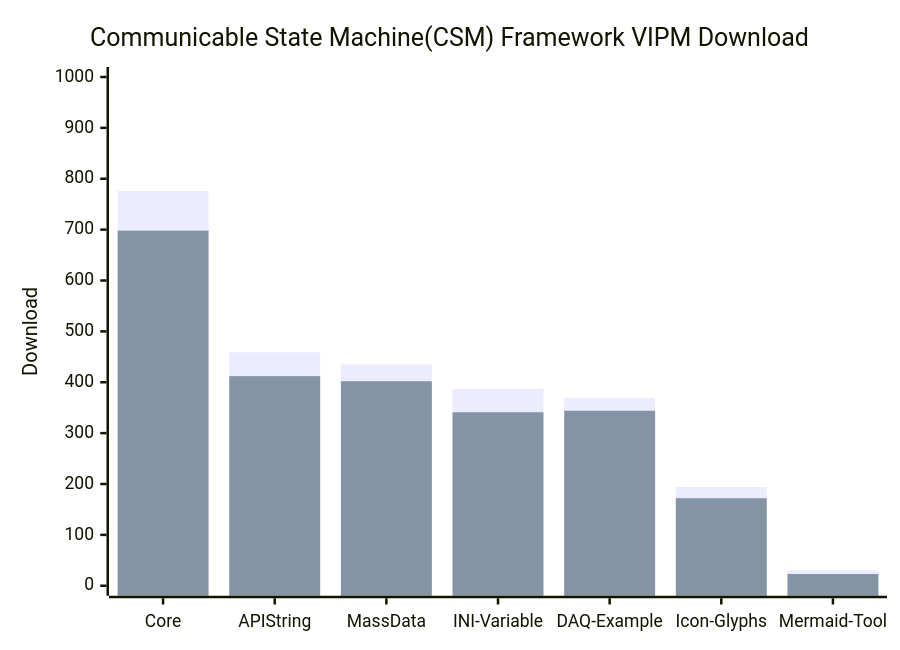
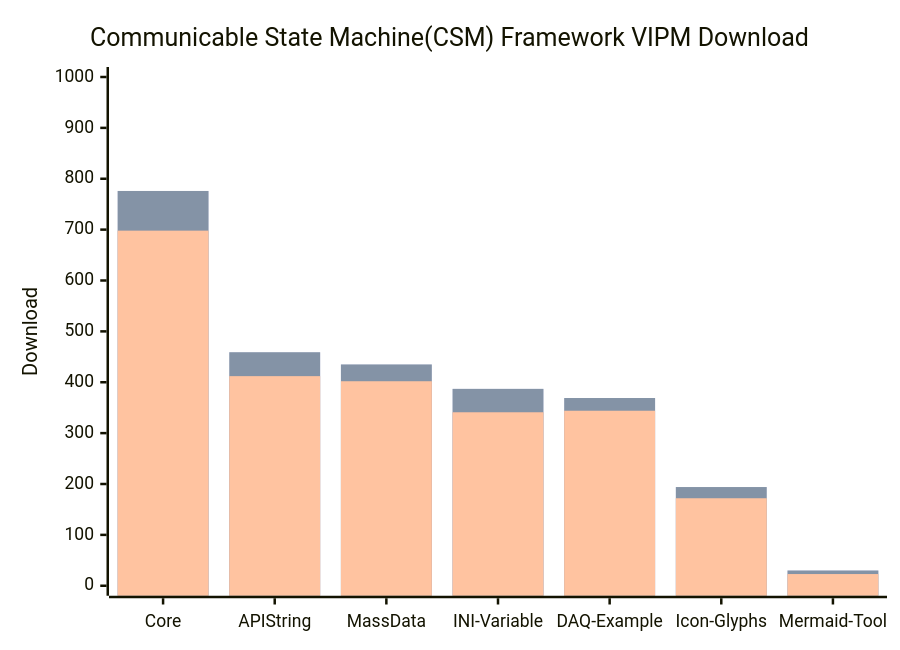
The diagram in profile/README.md (NEVSTOP-LAB/.github), drawn with Mermaid before and after one commit.

````diff
--- a/profile/README.md
+++ b/profile/README.md
@@ -27,8 +27,9 @@
 ```mermaid
     xychart-beta
     title "Communicable State Machine(CSM) Framework VIPM Download"
     x-axis [Core, API String, MassData, INI-Variable, DAQ-Example, Icon-Glyphs, Mermaid-Tool]
     y-axis "Download" 0 --> 1000
     bar   [776 , 459 , 435 , 387 , 369 , 194 ,30]
+    bar   [776 , 459 , 435 , 387 , 369 , 194 ,30]
     bar   [698, 412, 402, 341, 344, 172, 23]
 ```
````
